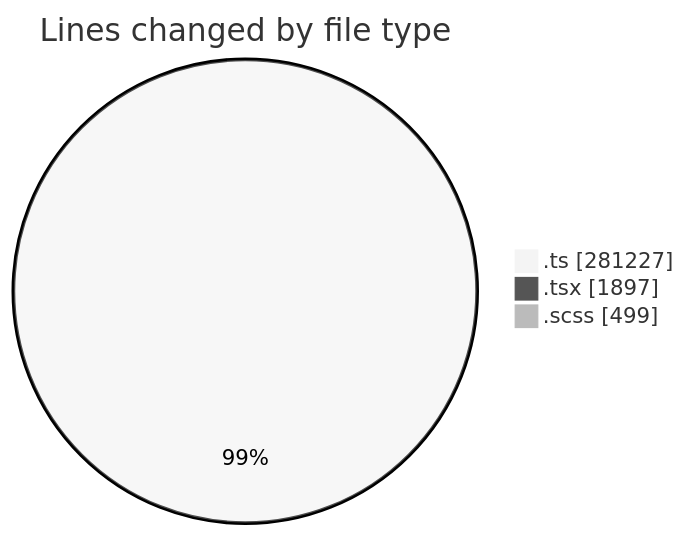
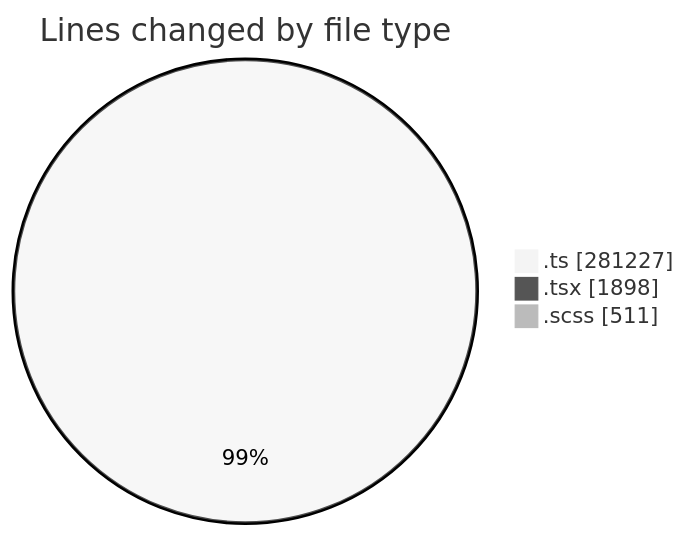
One commit to momahboobian/code-tracking changed the first of 2 diagrams in 2025-08-22/cda/README.md. Above: the diagram before and after it, drawn with Mermaid (neutral theme). The commit also changed other lines of this file and 1 other file, not shown here.

````diff
--- a/2025-08-22/cda/README.md
+++ b/2025-08-22/cda/README.md
@@ -41,7 +41,7 @@
 ```mermaid
 pie showData
 title Lines changed by file type
 ".ts" : 281227
-".tsx" : 1897
-".scss" : 499
+".tsx" : 1898
+".scss" : 511
 ```
````
